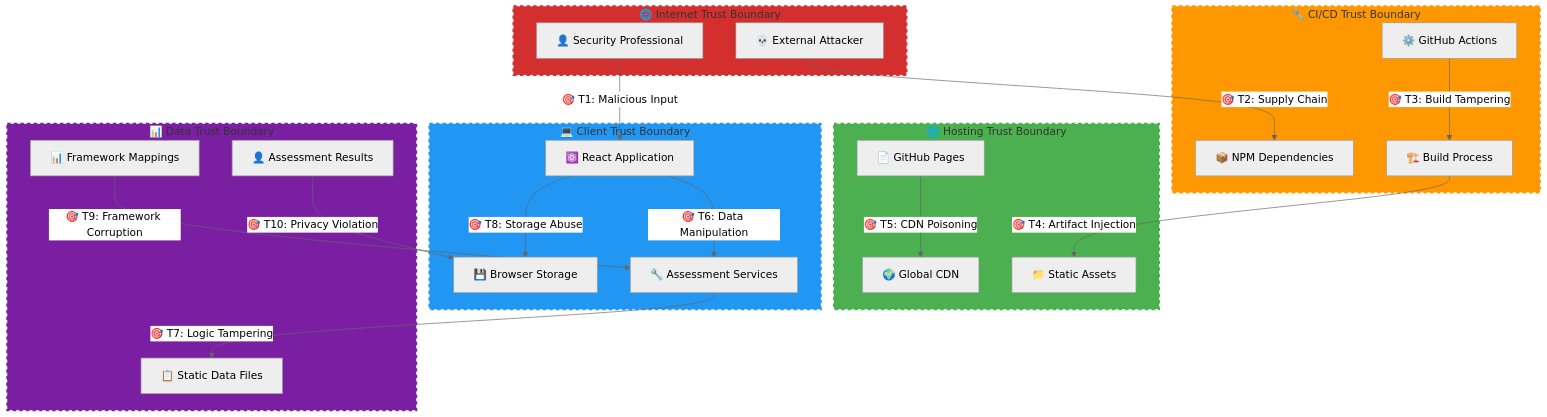
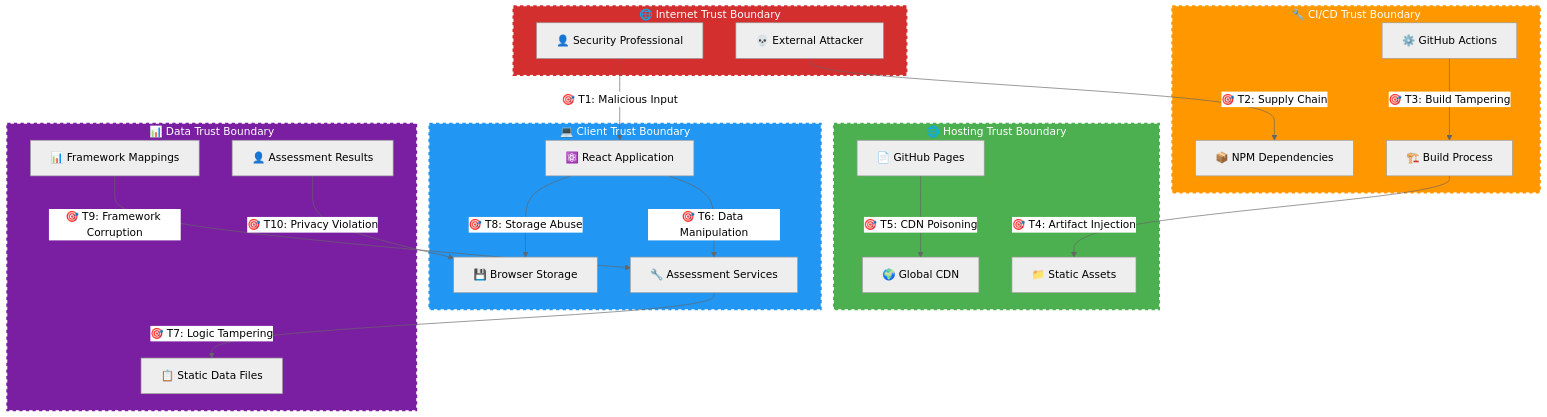
One commit to Hack23/cia-compliance-manager changed the second of 15 diagrams in docs/architecture/THREAT_MODEL.md. Above: the diagram before and after it, drawn with Mermaid. The commit also changed 3 other files, not shown here.

````diff
--- a/docs/architecture/THREAT_MODEL.md
+++ b/docs/architecture/THREAT_MODEL.md
@@ -162,49 +162,49 @@
 ```mermaid
 %%{init: {"theme": "neutral"}}%%
 flowchart TB
     subgraph TRUST_BOUNDARY_1["🌐 Internet Trust Boundary"]
         USER[👤 Security Professional]
         ATTACKER[💀 External Attacker]
     end
     
     subgraph TRUST_BOUNDARY_2["🔧 CI/CD Trust Boundary"]
         GITHUB_ACTIONS[⚙️ GitHub Actions]
         DEPS[📦 NPM Dependencies]
         BUILD[🏗️ Build Process]
     end
     
     subgraph TRUST_BOUNDARY_3["🌐 Hosting Trust Boundary"]
         GITHUB_PAGES[📄 GitHub Pages]
         CDN[🌍 Global CDN]
         STATIC_ASSETS[📁 Static Assets]
     end
     
     subgraph TRUST_BOUNDARY_4["💻 Client Trust Boundary"]
         REACT_APP[⚛️ React Application]
         SERVICES[🔧 Assessment Services]
         LOCAL_STORAGE[💾 Browser Storage]
     end
     
     subgraph TRUST_BOUNDARY_5["📊 Data Trust Boundary"]
         STATIC_DATA[📋 Static Data Files]
         COMPLIANCE_DATA[📊 Framework Mappings]
         USER_DATA[👤 Assessment Results]
     end
     
     USER -->|🎯 T1: Malicious Input| REACT_APP
     ATTACKER -->|🎯 T2: Supply Chain| DEPS
     GITHUB_ACTIONS -->|🎯 T3: Build Tampering| BUILD
     BUILD -->|🎯 T4: Artifact Injection| STATIC_ASSETS
     GITHUB_PAGES -->|🎯 T5: CDN Poisoning| CDN
     REACT_APP -->|🎯 T6: Data Manipulation| SERVICES
     SERVICES -->|🎯 T7: Logic Tampering| STATIC_DATA
     REACT_APP -->|🎯 T8: Storage Abuse| LOCAL_STORAGE
     COMPLIANCE_DATA -->|🎯 T9: Framework Corruption| SERVICES
     USER_DATA -->|🎯 T10: Privacy Violation| LOCAL_STORAGE
     
-    style TRUST_BOUNDARY_1 fill:#D32F2F,stroke:#D32F2F,stroke-width:3px,stroke-dasharray: 5 5
-    style TRUST_BOUNDARY_2 fill:#FF9800,stroke:#ff9800,stroke-width:3px,stroke-dasharray: 5 5
-    style TRUST_BOUNDARY_3 fill:#4CAF50,stroke:#4caf50,stroke-width:3px,stroke-dasharray: 5 5
-    style TRUST_BOUNDARY_4 fill:#2196F3,stroke:#2196f3,stroke-width:3px,stroke-dasharray: 5 5
-    style TRUST_BOUNDARY_5 fill:#7B1FA2,stroke:#7B1FA2,stroke-width:3px,stroke-dasharray: 5 5
+    style TRUST_BOUNDARY_1 fill:#D32F2F,stroke:#D32F2F,stroke-width:3px,stroke-dasharray: 5 5,color:#ffffff
+    style TRUST_BOUNDARY_2 fill:#FF9800,stroke:#ff9800,stroke-width:3px,stroke-dasharray: 5 5,color:#ffffff
+    style TRUST_BOUNDARY_3 fill:#4CAF50,stroke:#4caf50,stroke-width:3px,stroke-dasharray: 5 5,color:#ffffff
+    style TRUST_BOUNDARY_4 fill:#2196F3,stroke:#2196f3,stroke-width:3px,stroke-dasharray: 5 5,color:#ffffff
+    style TRUST_BOUNDARY_5 fill:#7B1FA2,stroke:#7B1FA2,stroke-width:3px,stroke-dasharray: 5 5,color:#ffffff
 ```
````
